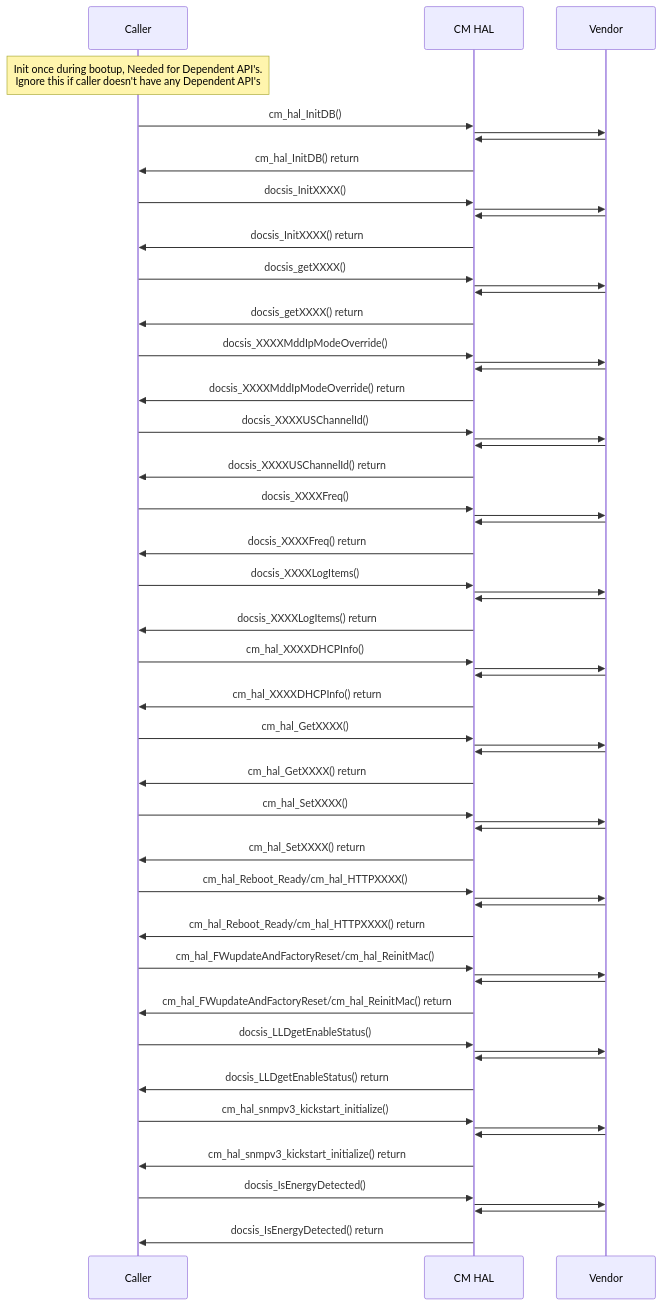
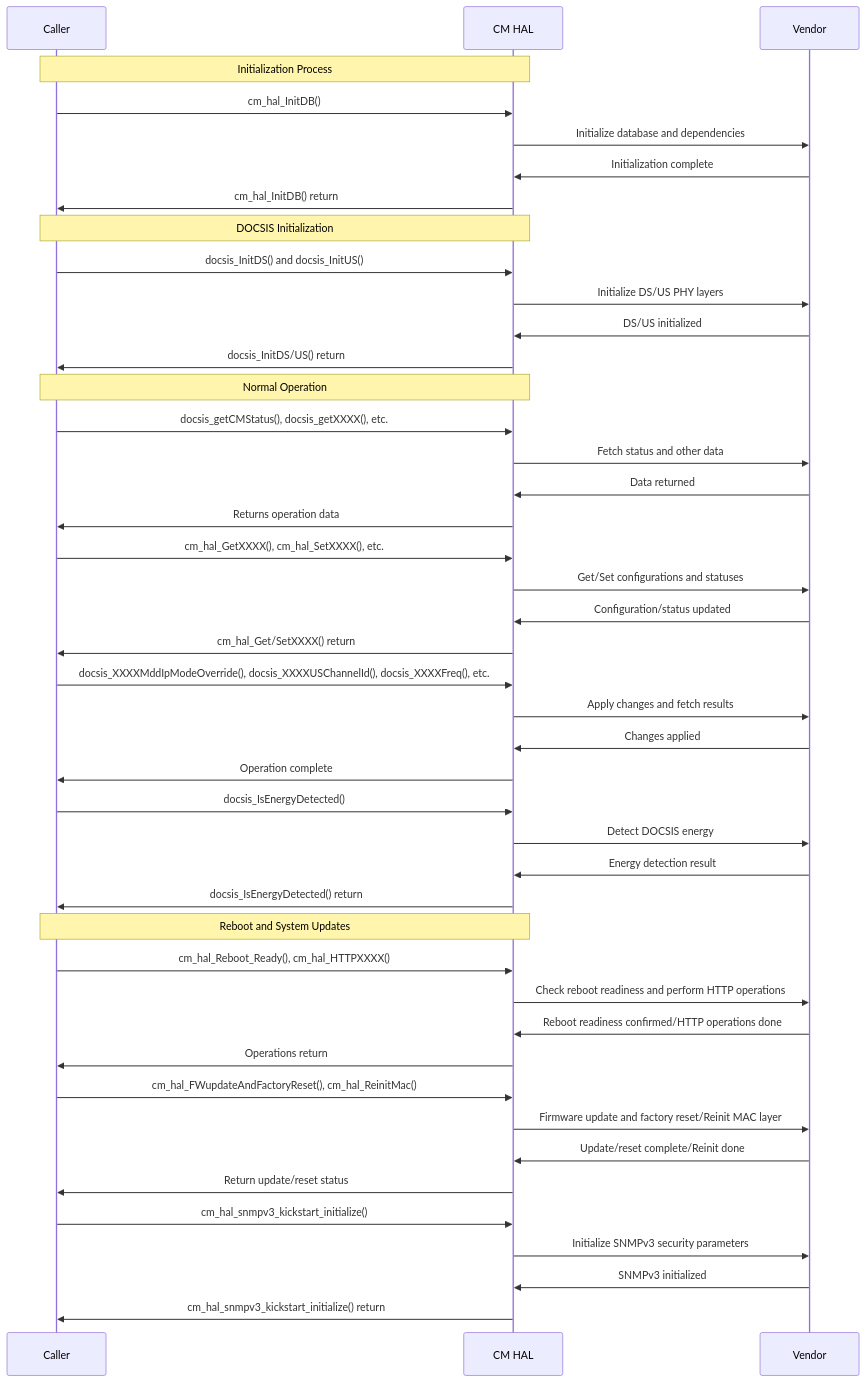
Before and after one commit to rdkcentral/rdkb-halif-cm: the second of 2 diagrams in docs/pages/CMhalSpec.md, drawn with Mermaid. The commit also changed other lines of this file, not shown here.

````diff
--- a/docs/pages/CMhalSpec.md
+++ b/docs/pages/CMhalSpec.md
@@ -229,81 +183,55 @@
 ```mermaid
 sequenceDiagram
 participant Caller
 participant CM HAL
 participant Vendor
-Note over Caller: Init once during bootup, Needed for Dependent API's. <br> Ignore this if caller doesn't have any Dependent API's
+
+Note over Caller,CM HAL: Initialization Process
 Caller->>CM HAL: cm_hal_InitDB()
-CM HAL->>Vendor: 
-Vendor ->>CM HAL: 
+CM HAL->>Vendor: Initialize database and dependencies
+Vendor ->>CM HAL: Initialization complete
 CM HAL->>Caller: cm_hal_InitDB() return
 
-Caller->>CM HAL: docsis_InitXXXX()
-CM HAL->>Vendor: 
-Vendor ->>CM HAL: 
-CM HAL->>Caller: docsis_InitXXXX() return
+Note over Caller,CM HAL: DOCSIS Initialization
+Caller->>CM HAL: docsis_InitDS() and docsis_InitUS()
+CM HAL->>Vendor: Initialize DS/US PHY layers
+Vendor ->>CM HAL: DS/US initialized
+CM HAL->>Caller: docsis_InitDS/US() return
 
-Caller->>CM HAL: docsis_getXXXX()
-CM HAL->>Vendor: 
-Vendor ->>CM HAL: 
-CM HAL->>Caller: docsis_getXXXX() return
+Note over Caller,CM HAL: Normal Operation
+Caller->>CM HAL: docsis_getCMStatus(), docsis_getXXXX(), etc.
+CM HAL->>Vendor: Fetch status and other data
+Vendor ->>CM HAL: Data returned
+CM HAL->>Caller: Returns operation data
 
-Caller->>CM HAL: docsis_XXXXMddIpModeOverride()
-CM HAL->>Vendor: 
-Vendor ->>CM HAL: 
-CM HAL->>Caller: docsis_XXXXMddIpModeOverride() return
+Caller->>CM HAL: cm_hal_GetXXXX(), cm_hal_SetXXXX(), etc.
+CM HAL->>Vendor: Get/Set configurations and statuses
+Vendor ->>CM HAL: Configuration/status updated
+CM HAL->>Caller: cm_hal_Get/SetXXXX() return
 
-Caller->>CM HAL: docsis_XXXXUSChannelId()
-CM HAL->>Vendor: 
-Vendor ->>CM HAL: 
-CM HAL->>Caller: docsis_XXXXUSChannelId() return
+Caller->>CM HAL: docsis_XXXXMddIpModeOverride(), docsis_XXXXUSChannelId(), docsis_XXXXFreq(), etc.
+CM HAL->>Vendor: Apply changes and fetch results
+Vendor ->>CM HAL: Changes applied
+CM HAL->>Caller: Operation complete
 
-Caller->>CM HAL: docsis_XXXXFreq()
-CM HAL->>Vendor: 
-Vendor ->>CM HAL: 
-CM HAL->>Caller: docsis_XXXXFreq() return
+Caller->>CM HAL: docsis_IsEnergyDetected()
+CM HAL->>Vendor: Detect DOCSIS energy
+Vendor ->>CM HAL: Energy detection result
+CM HAL->>Caller: docsis_IsEnergyDetected() return
 
-Caller->>CM HAL: docsis_XXXXLogItems()
-CM HAL->>Vendor: 
-Vendor ->>CM HAL: 
-CM HAL->>Caller: docsis_XXXXLogItems() return
+Note over Caller,CM HAL: Reboot and System Updates
+Caller->>CM HAL: cm_hal_Reboot_Ready(), cm_hal_HTTPXXXX()
+CM HAL->>Vendor: Check reboot readiness and perform HTTP operations
+Vendor ->>CM HAL: Reboot readiness confirmed/HTTP operations done
+CM HAL->>Caller: Operations return
 
-Caller->>CM HAL: cm_hal_XXXXDHCPInfo()
-CM HAL->>Vendor: 
-Vendor ->>CM HAL: 
-CM HAL->>Caller: cm_hal_XXXXDHCPInfo() return
-
-Caller->>CM HAL: cm_hal_GetXXXX()
-CM HAL->>Vendor: 
-Vendor ->>CM HAL: 
-CM HAL->>Caller: cm_hal_GetXXXX() return
-
-Caller->>CM HAL: cm_hal_SetXXXX()
-CM HAL->>Vendor: 
-Vendor ->>CM HAL: 
-CM HAL->>Caller: cm_hal_SetXXXX() return
-
-Caller->>CM HAL: cm_hal_Reboot_Ready/cm_hal_HTTPXXXX()
-CM HAL->>Vendor: 
-Vendor ->>CM HAL: 
-CM HAL->>Caller: cm_hal_Reboot_Ready/cm_hal_HTTPXXXX() return
-
-Caller->>CM HAL: cm_hal_FWupdateAndFactoryReset/cm_hal_ReinitMac()
-CM HAL->>Vendor: 
-Vendor ->>CM HAL: 
-CM HAL->>Caller: cm_hal_FWupdateAndFactoryReset/cm_hal_ReinitMac() return
-
-Caller->>CM HAL: docsis_LLDgetEnableStatus()
-CM HAL->>Vendor: 
-Vendor ->>CM HAL: 
-CM HAL->>Caller: docsis_LLDgetEnableStatus() return
+Caller->>CM HAL: cm_hal_FWupdateAndFactoryReset(), cm_hal_ReinitMac()
+CM HAL->>Vendor: Firmware update and factory reset/Reinit MAC layer
+Vendor ->>CM HAL: Update/reset complete/Reinit done
+CM HAL->>Caller: Return update/reset status
 
 Caller->>CM HAL: cm_hal_snmpv3_kickstart_initialize()
-CM HAL->>Vendor: 
-Vendor ->>CM HAL: 
+CM HAL->>Vendor: Initialize SNMPv3 security parameters
+Vendor ->>CM HAL: SNMPv3 initialized
 CM HAL->>Caller: cm_hal_snmpv3_kickstart_initialize() return
-
-Caller->>CM HAL: docsis_IsEnergyDetected()
-CM HAL->>Vendor: 
-Vendor ->>CM HAL: 
-CM HAL->>Caller: docsis_IsEnergyDetected() return
 ```
````
